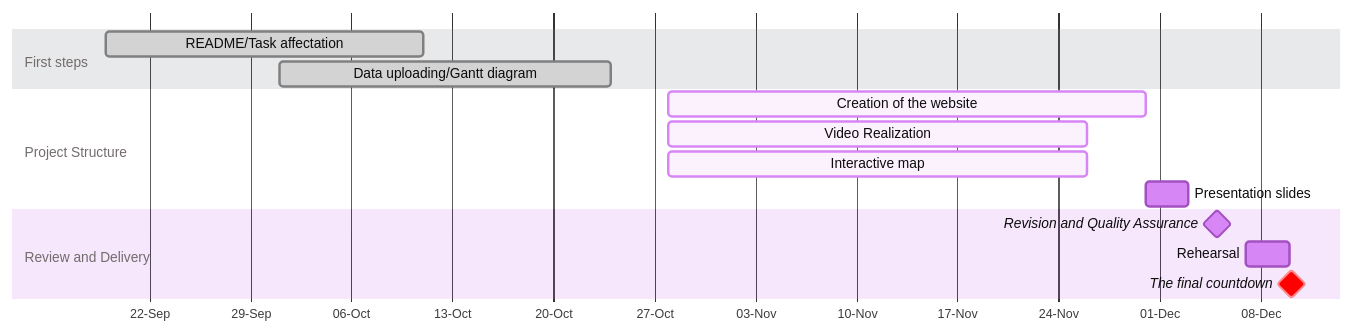
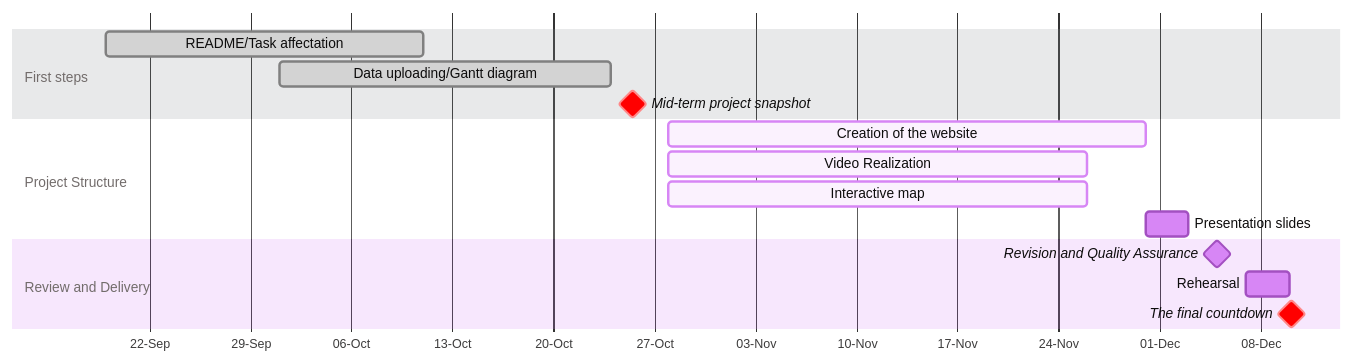
The diagram in Gantt_Diagram/gantt_diagram.qmd (elqemmahdoha/TEAM_PROJECT), drawn with Mermaid before and after one commit. The commit also changed 1 other file, not shown here.

Commit message:
modification du diagramme

````diff
--- a/Gantt_Diagram/gantt_diagram.qmd
+++ b/Gantt_Diagram/gantt_diagram.qmd
@@ -7,35 +7,34 @@
 ```{mermaid}
 %%{
   init: {
     'theme': 'base',
     'themeVariables': {
       'primaryColor': '#d786f5',
       'primaryTextColor': '#0d0c0c',
       'primaryBorderColor': '#a350c1',
       'secondaryColor': '#006100',
       'tertiaryColor': '#8d9394'
     }
   }
 }%%
 gantt
-    dateFormat  DD-MM
-    axisFormat  %d-%b
-    todayMarker stroke-width:4px,stroke:#9c13ab,opacity:0.9
+  dateFormat  DD-MM
+  axisFormat  %d-%b
+  todayMarker stroke-width:4px,stroke:#9c13ab,opacity:0.9
 
-    section First steps
-    README/Task affectation: done, des1, 19-09, 11-10
-    Data uploading/Gantt diagram :done, des1, 01-10, 24-10
+  section First steps
+  README/Task affectation : done, des1, 19-09, 11-10
+  Data uploading/Gantt diagram : done, des2, 01-10, 24-10
+  Mid-term project snapshot  :crit, milestone, des10, 25-10, 1d
 
+  section Project Structure 
+  Creation of the website : active, des3, 28-10, 30-11
+  Video Realization : active, des4, 28-10, 26-11
+  Interactive map : active, des5, 28-10, 26-11 
+  Presentation slides : des6, after des3, 3d
 
-    section Project Structure 
-    Creation of the website :active, des2, 28-10, 30-11
-    Video Realization       :active, 28-10, 26-11
-    Interactive map         :active, 28-10, 26-11 
-    Presentation slides     :des3, after des2, 3d
-
-
-    section Review and Delivery
-    Revision and Quality Assurance :milestone, des4, after des3, 4d
-    Rehearsal :des5, after des4, 3d
-    The final countdown :crit, milestone, after des5, 6h
+  section Review and Delivery
+  Revision and Quality Assurance : milestone, des7, after des6, 4d
+  Rehearsal : des8, after des7, 3d
+  The final countdown : crit, milestone, des9, after des8, 6h
 ```
````
